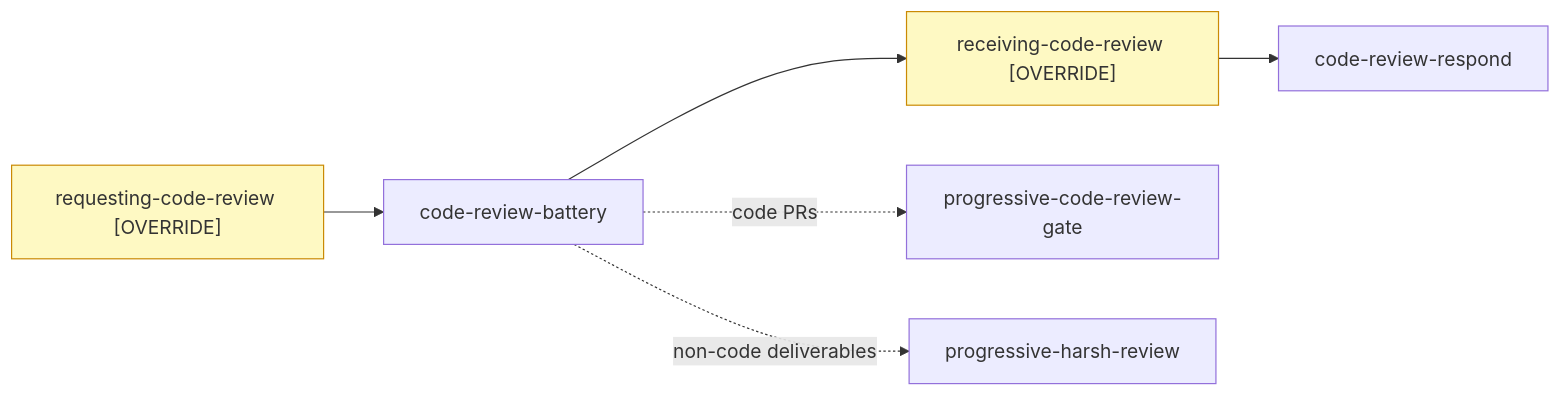
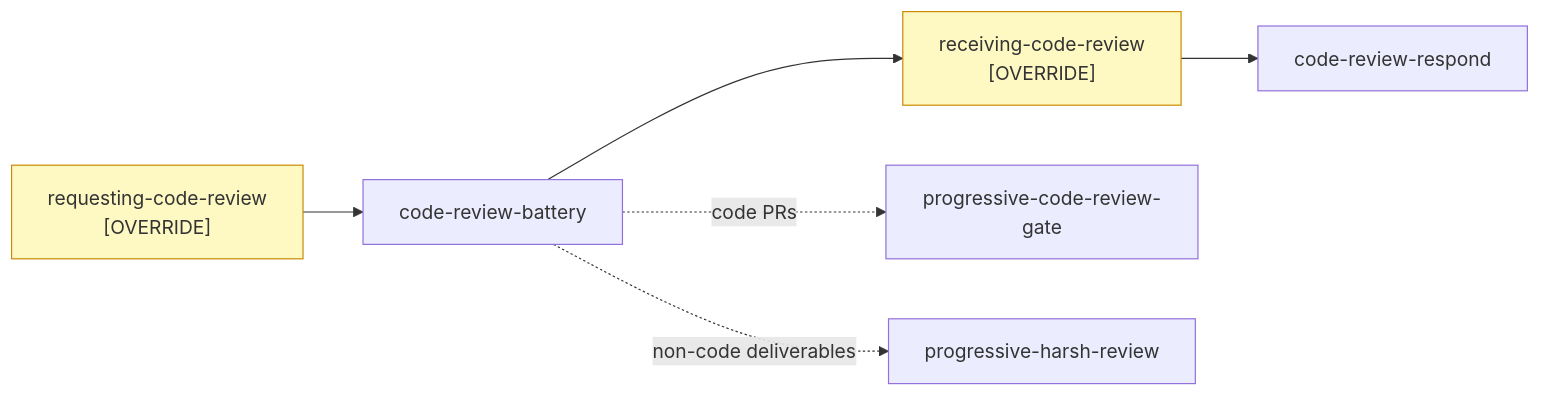
The seventh of 7 diagrams in docs/SKILL_TAXONOMY.md (bordenet/superpowers-plus), drawn with Mermaid before and after one commit. The commit also changed other lines of this file and 3 other files, not shown here.

First line of the commit message:
docs: add DESIGN.md and fix mermaid diagrams across docs (#675)

````diff
--- a/docs/SKILL_TAXONOMY.md
+++ b/docs/SKILL_TAXONOMY.md
@@ -231,17 +233,17 @@
 ```mermaid
 flowchart LR
     classDef ovrd fill:#fef9c3,stroke:#ca8a04
 
-    RQR["requesting-code-review [OVERRIDE]"]:::ovrd
+    RQR["requesting-code-review<br/>[OVERRIDE]"]:::ovrd
     CRB[code-review-battery]
-    RCV["receiving-code-review [OVERRIDE]"]:::ovrd
+    RCV["receiving-code-review<br/>[OVERRIDE]"]:::ovrd
     CRR[code-review-respond]
     PCRG[progressive-code-review-gate]
     PHR[progressive-harsh-review]
 
     RQR --> CRB
     CRB --> RCV
     RCV --> CRR
     CRB -.->|code PRs| PCRG
     CRB -.->|non-code deliverables| PHR
 ```
````
